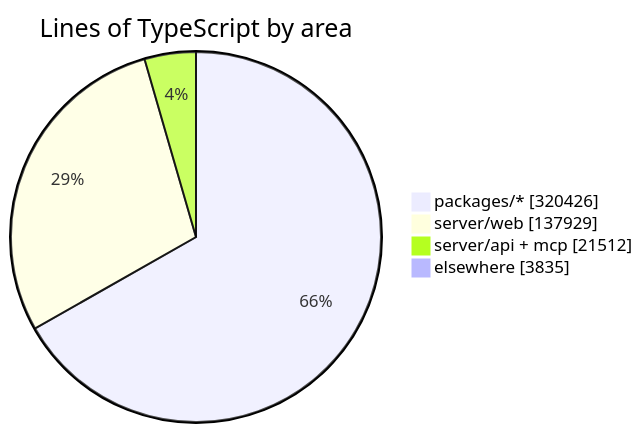
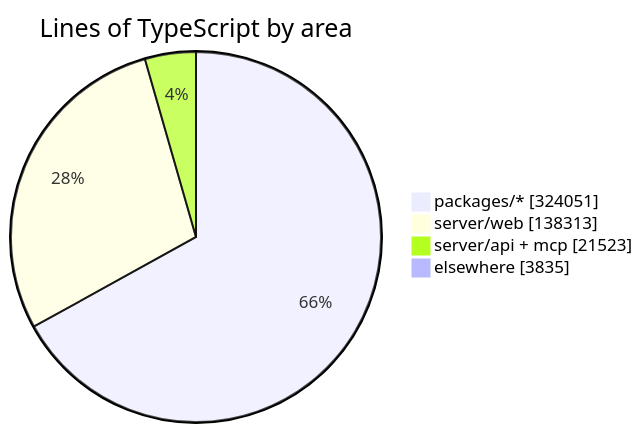
One commit to crossworks-engineering/mantle changed the diagram in README.md. Above: the diagram before and after it, drawn with Mermaid. The commit also changed other lines of this file and 2 other files, not shown here.

````diff
--- a/README.md
+++ b/README.md
@@ -294,7 +294,7 @@
 ```mermaid
 pie showData title Lines of TypeScript by area
-    "packages/*" : 320426
-    "server/web" : 137929
-    "server/api + mcp" : 21512
+    "packages/*" : 324051
+    "server/web" : 138313
+    "server/api + mcp" : 21523
     "elsewhere" : 3835
 ```
````
